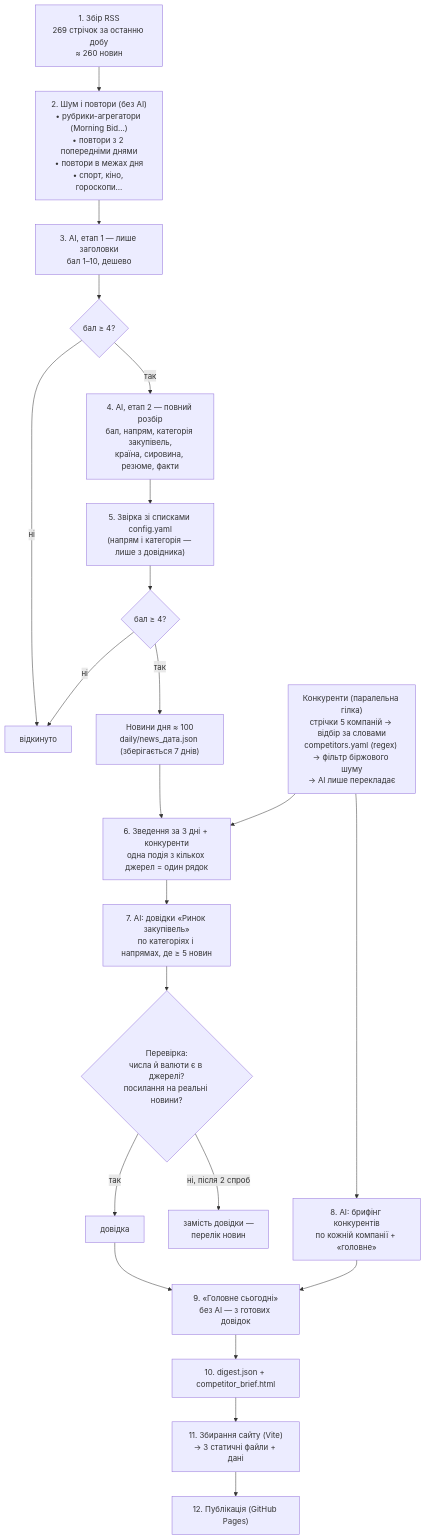
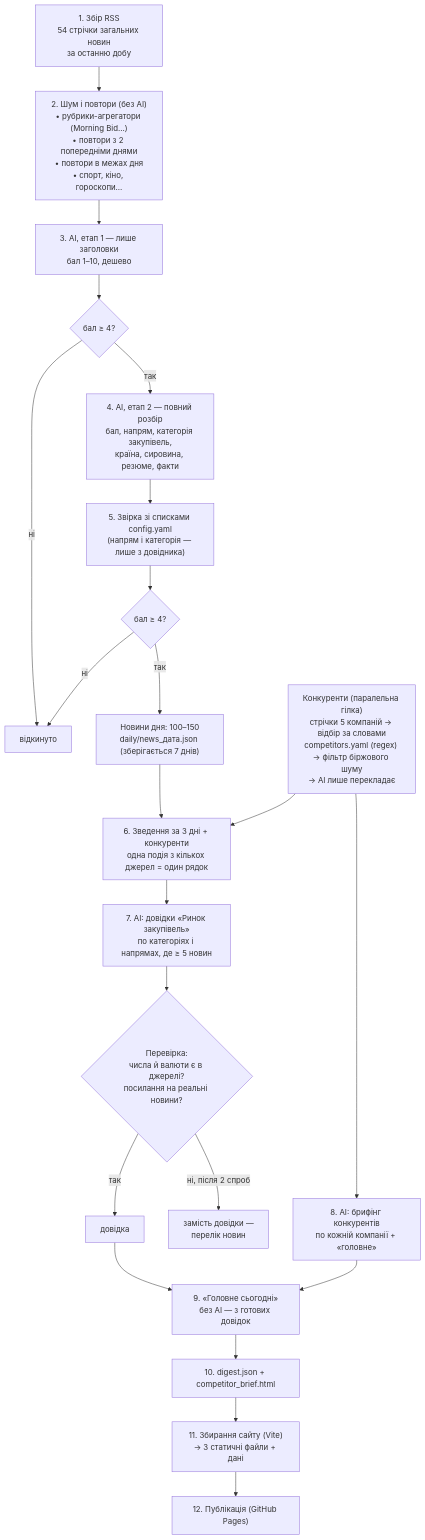
The second of 7 diagrams in docs/2-arhitektura.md (DavydenkoYuliya/news-digest), drawn with Mermaid before and after one commit. The commit also changed other lines of this file and 2 other files, not shown here.

Commit message:
Джерела: точна кількість стрічок і чому Google News

````diff
--- a/docs/2-arhitektura.md
+++ b/docs/2-arhitektura.md
@@ -58,27 +58,27 @@
 ```mermaid
 flowchart TD
-    A["1. Збір RSS<br/>269 стрічок за останню добу<br/>≈ 260 новин"] --> B
+    A["1. Збір RSS<br/>54 стрічки загальних новин<br/>за останню добу"] --> B
     B["2. Шум і повтори (без AI)<br/>• рубрики-агрегатори (Morning Bid…)<br/>• повтори з 2 попередніми днями<br/>• повтори в межах дня<br/>• спорт, кіно, гороскопи…"] --> C
     C["3. AI, етап 1 — лише заголовки<br/>бал 1–10, дешево"] --> D{"бал ≥ 4?"}
     D -- ні --> X["відкинуто"]
     D -- так --> E["4. AI, етап 2 — повний розбір<br/>бал, напрям, категорія закупівель,<br/>країна, сировина, резюме, факти"]
     E --> F["5. Звірка зі списками config.yaml<br/>(напрям і категорія — лише з довідника)"]
     F --> G{"бал ≥ 4?"}
     G -- ні --> X
-    G -- так --> H["Новини дня ≈ 100<br/>daily/news_дата.json (зберігається 7 днів)"]
+    G -- так --> H["Новини дня: 100–150<br/>daily/news_дата.json (зберігається 7 днів)"]
 
     K["Конкуренти (паралельна гілка)<br/>стрічки 5 компаній → відбір за словами<br/>competitors.yaml (regex) → фільтр біржового шуму<br/>→ AI лише перекладає"]
 
     H --> L["6. Зведення за 3 дні + конкуренти<br/>одна подія з кількох джерел = один рядок"]
     K --> L
     L --> M["7. AI: довідки «Ринок закупівель»<br/>по категоріях і напрямах, де ≥ 5 новин"]
     M --> N{"Перевірка:<br/>числа й валюти є в джерелі?<br/>посилання на реальні новини?"}
     N -- так --> O["довідка"]
     N -- "ні, після 2 спроб" --> P["замість довідки —<br/>перелік новин"]
     K --> Q["8. AI: брифінг конкурентів<br/>по кожній компанії + «головне»"]
     O --> R["9. «Головне сьогодні»<br/>без AI — з готових довідок"]
     Q --> R
     R --> S["10. digest.json + competitor_brief.html"]
     S --> T["11. Збирання сайту (Vite)<br/>→ 3 статичні файли + дані"]
     T --> U["12. Публікація (GitHub Pages)"]
 ```
````
